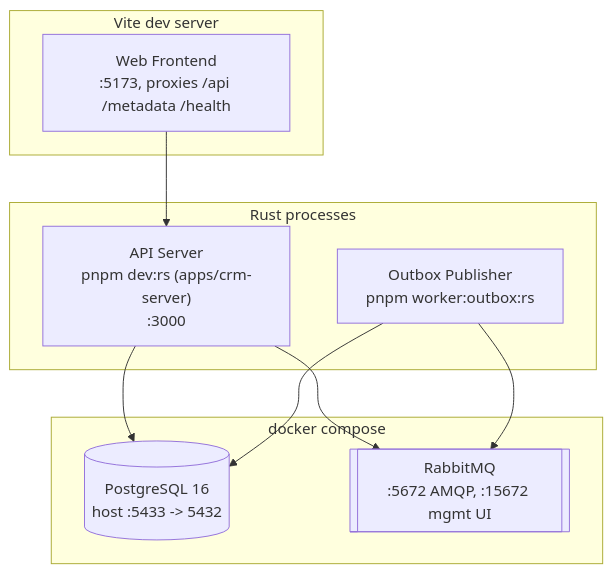
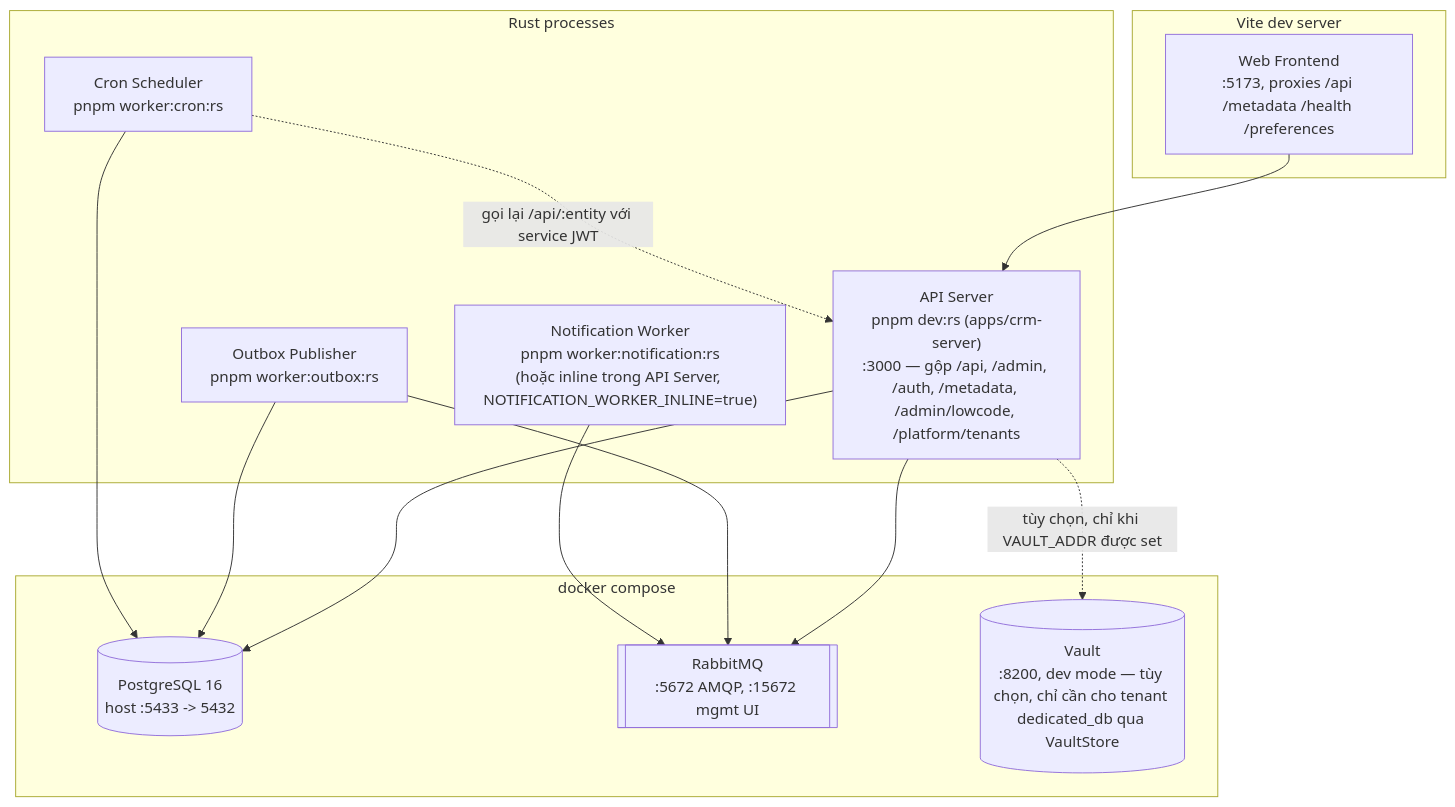
The diagram in docs/architectures/07-deployment.md (metap-org/metap), drawn with Mermaid before and after one commit. The commit also changed other lines of this file and 23 other files, not shown here.

````diff
--- a/docs/architectures/07-deployment.md
+++ b/docs/architectures/07-deployment.md
@@ -5,22 +5,29 @@
 ```mermaid
 graph TB
   subgraph compose["docker compose"]
     PG[("PostgreSQL 16<br/>host :5433 -> 5432")]
     MQ[["RabbitMQ<br/>:5672 AMQP, :15672 mgmt UI"]]
+    VaultBox[("Vault<br/>:8200, dev mode — tùy chọn, chỉ cần cho tenant dedicated_db qua VaultStore")]
   end
 
   subgraph procs["Rust processes"]
-    API["API Server<br/>pnpm dev:rs (apps/crm-server)<br/>:3000"]
-    Worker["Outbox Publisher<br/>pnpm worker:outbox:rs"]
+    API["API Server<br/>pnpm dev:rs (apps/crm-server)<br/>:3000 — gộp /api, /admin, /auth, /metadata, /admin/lowcode, /platform/tenants"]
+    OutboxW["Outbox Publisher<br/>pnpm worker:outbox:rs"]
+    CronW["Cron Scheduler<br/>pnpm worker:cron:rs"]
+    NotifW["Notification Worker<br/>pnpm worker:notification:rs<br/>(hoặc inline trong API Server, NOTIFICATION_WORKER_INLINE=true)"]
   end
 
   subgraph vite["Vite dev server"]
-    Web["Web Frontend<br/>:5173, proxies /api /metadata /health"]
+    Web["Web Frontend<br/>:5173, proxies /api /metadata /health /preferences"]
   end
 
   Web --> API
   API --> PG
   API --> MQ
-  Worker --> PG
-  Worker --> MQ
+  API -.->|"tùy chọn, chỉ khi VAULT_ADDR được set"| VaultBox
+  OutboxW --> PG
+  OutboxW --> MQ
+  CronW --> PG
+  CronW -.->|"gọi lại /api/:entity với service JWT"| API
+  NotifW --> MQ
 ```
````
